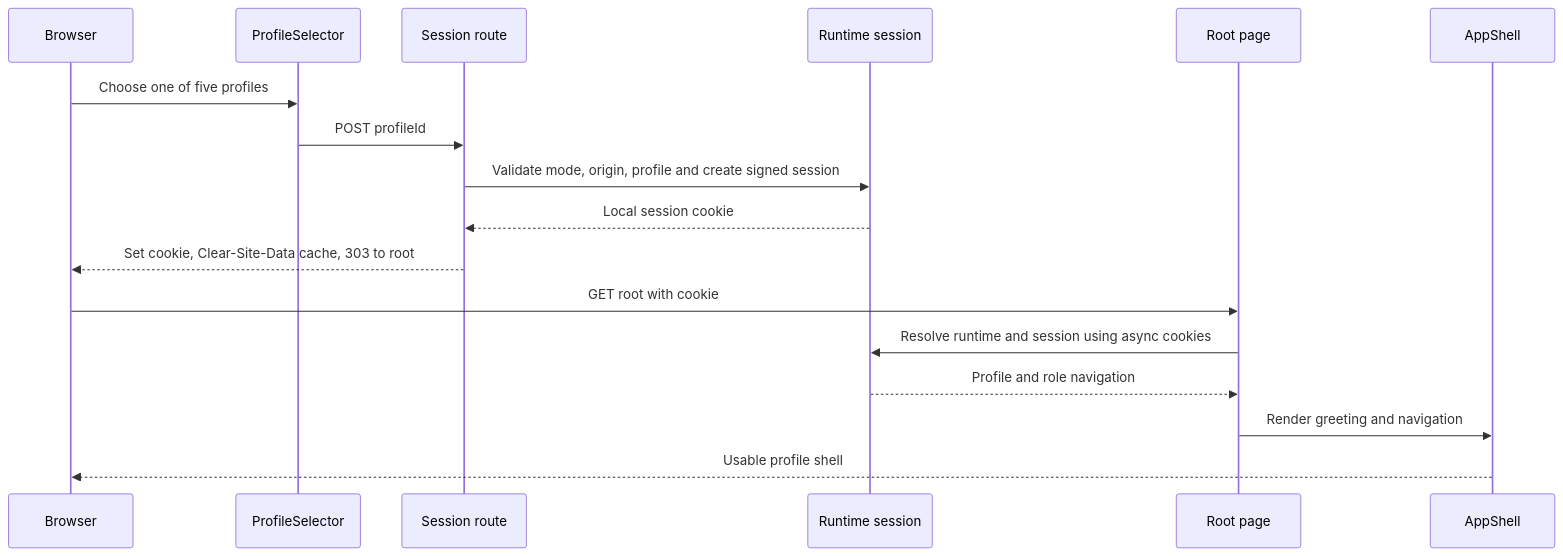
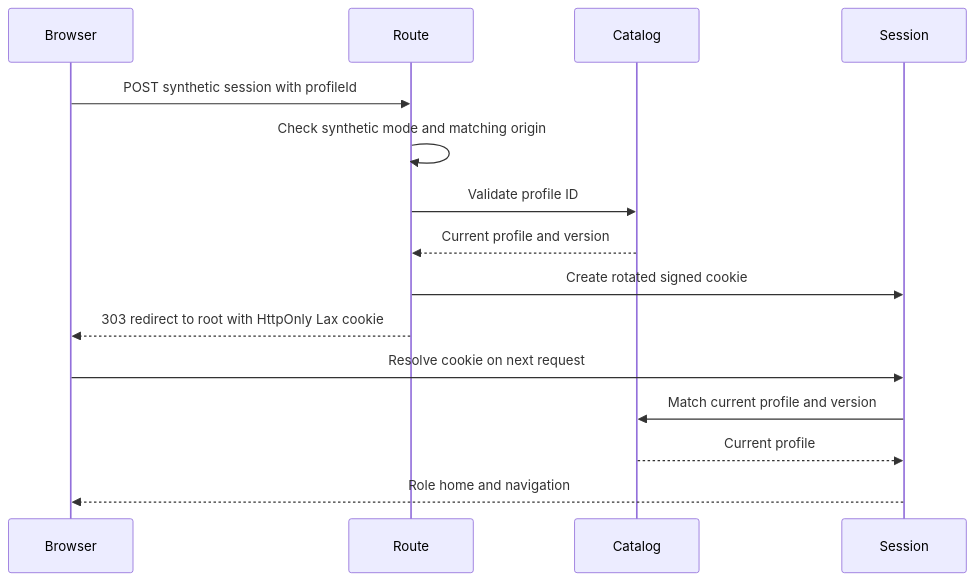
The second of 3 diagrams in aidlc/spaces/default/codekb/waldorf-community-task-manager/architecture.md (bbotond83/waldorf-community-task-manager), drawn with Mermaid before and after one commit. The commit also changed other lines of this file and 327 other files, not shown here.

````diff
--- a/aidlc/spaces/default/codekb/waldorf-community-task-manager/architecture.md
+++ b/aidlc/spaces/default/codekb/waldorf-community-task-manager/architecture.md
@@ -57,19 +46,17 @@
 ```mermaid
 sequenceDiagram
-  participant B as Browser
-  participant P as ProfileSelector
-  participant R as Session route
-  participant T as Runtime session
-  participant H as Root page
-  participant S as AppShell
-  B->>P: Choose one of five profiles
-  P->>R: POST profileId
-  R->>T: Validate mode, origin, profile and create signed session
-  T-->>R: Local session cookie
-  R-->>B: Set cookie, Clear-Site-Data cache, 303 to root
-  B->>H: GET root with cookie
-  H->>T: Resolve runtime and session using async cookies
-  T-->>H: Profile and role navigation
-  H->>S: Render greeting and navigation
-  S-->>B: Usable profile shell
+    participant Browser
+    participant Route
+    participant Catalog
+    participant Session
+    Browser->>Route: POST synthetic session with profileId
+    Route->>Route: Check synthetic mode and matching origin
+    Route->>Catalog: Validate profile ID
+    Catalog-->>Route: Current profile and version
+    Route->>Session: Create rotated signed cookie
+    Route-->>Browser: 303 redirect to root with HttpOnly Lax cookie
+    Browser->>Session: Resolve cookie on next request
+    Session->>Catalog: Match current profile and version
+    Catalog-->>Session: Current profile
+    Session-->>Browser: Role home and navigation
 ```
````
